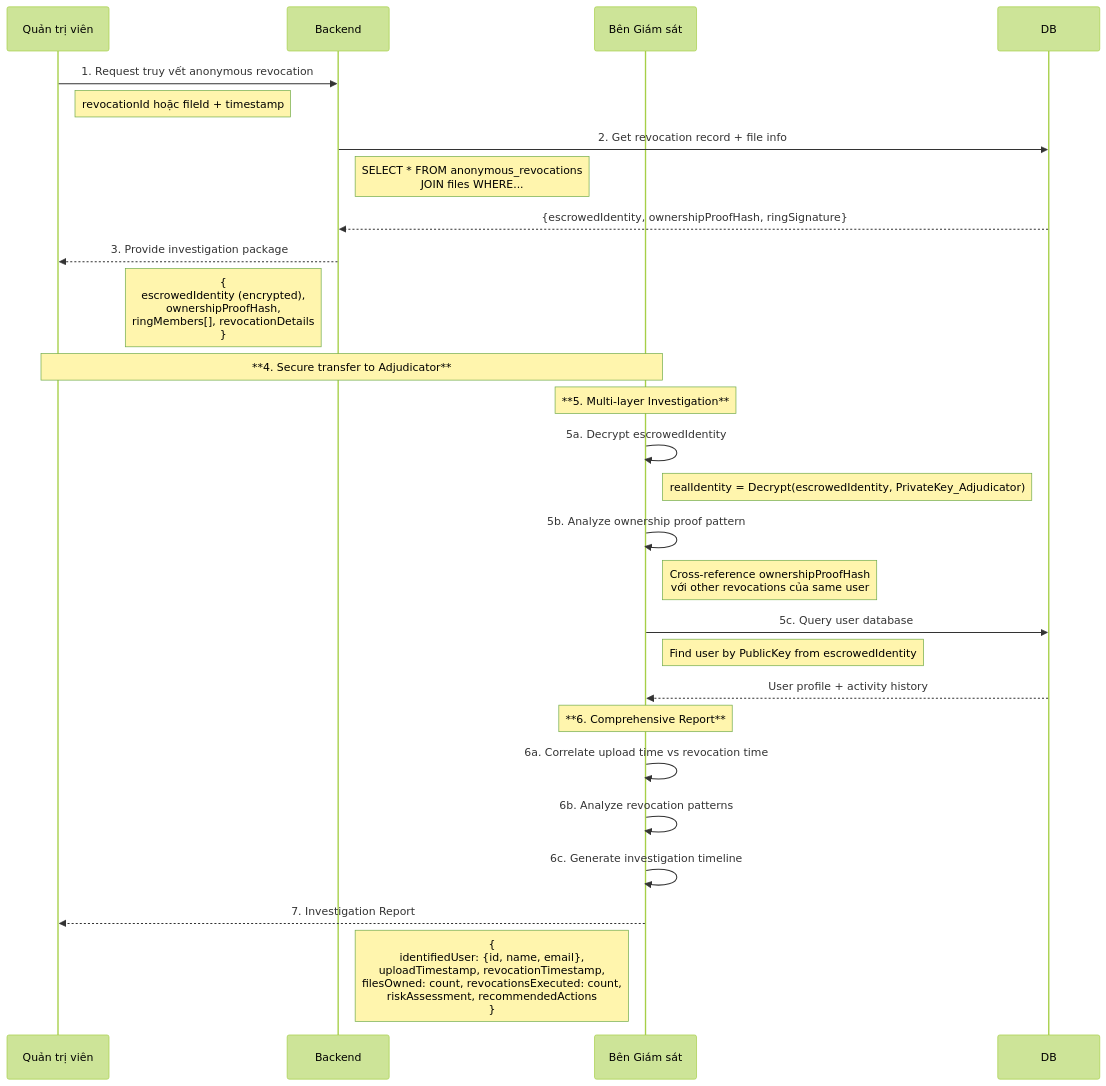
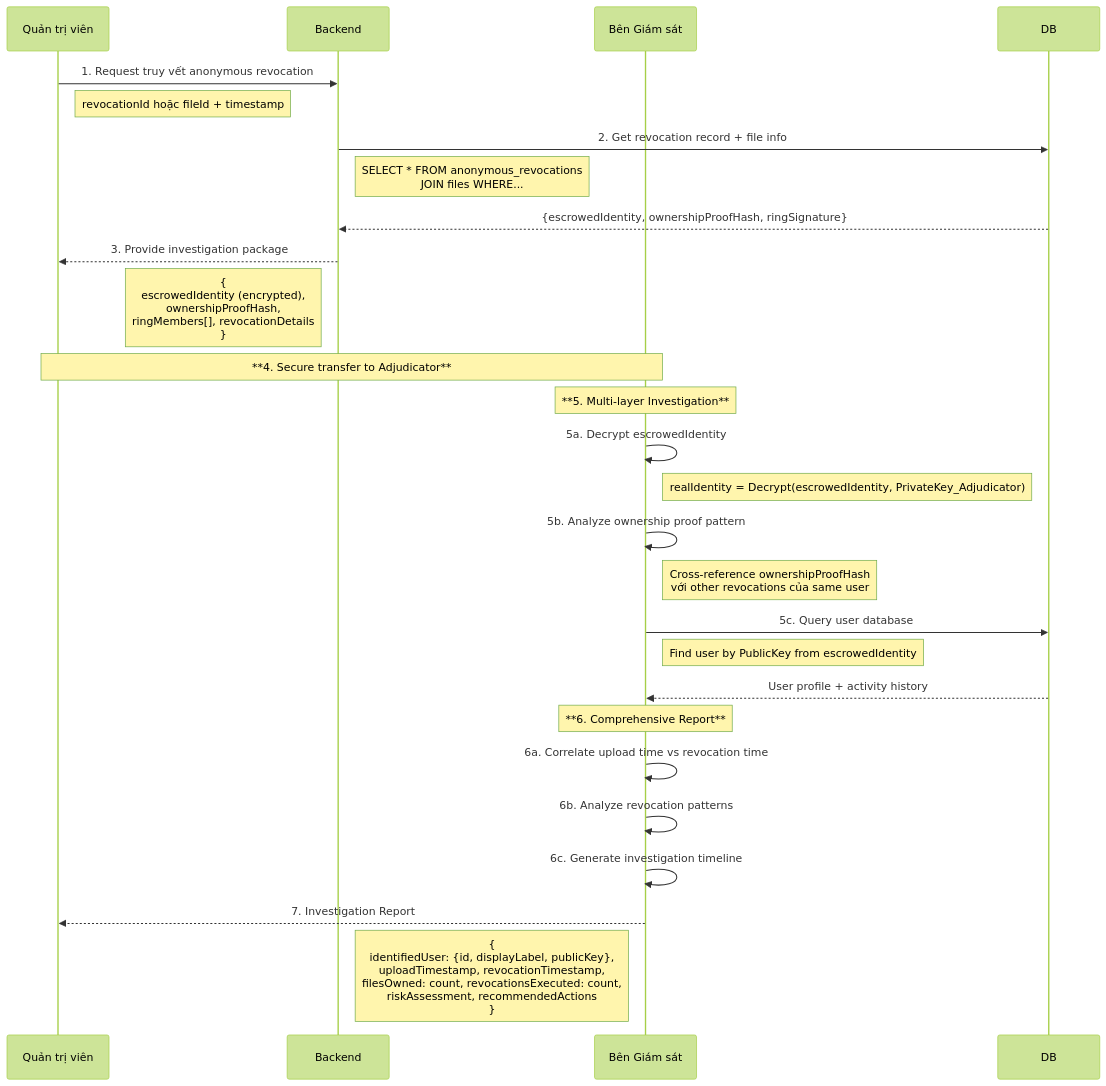
Before and after one commit to nguyenphuc22/ipfs-sandbox: the fifth of 5 diagrams in New_Thesis.md, drawn with Mermaid (forest theme). The commit also changed other lines of this file and 48 other files, not shown here.

Commit message:
Add initialization screen for AOT identity setup; implement display name input and secure key generation flow. Update AppWithIPFS to integrate identity management and enhance user experience with identity display.

````diff
--- a/New_Thesis.md
+++ b/New_Thesis.md
@@ -612,38 +621,38 @@
 ```mermaid
 sequenceDiagram
     participant Admin as Quản trị viên
     participant Backend
     participant Adjudicator as Bên Giám sát
     participant DB
 
     Admin->>Backend: 1. Request truy vết anonymous revocation
     note right of Admin: revocationId hoặc fileId + timestamp
 
     Backend->>DB: 2. Get revocation record + file info
     note right of Backend: SELECT * FROM anonymous_revocations<br/>JOIN files WHERE...
     DB-->>Backend: {escrowedIdentity, ownershipProofHash, ringSignature}
 
     Backend-->>Admin: 3. Provide investigation package
     note left of Backend: {<br/>  escrowedIdentity (encrypted),<br/>  ownershipProofHash,<br/>  ringMembers[], revocationDetails<br/>}
 
     note over Admin, Adjudicator: **4. Secure transfer to Adjudicator**
 
     note over Adjudicator: **5. Multi-layer Investigation**
     Adjudicator->>Adjudicator: 5a. Decrypt escrowedIdentity
     note right of Adjudicator: realIdentity = Decrypt(escrowedIdentity, PrivateKey_Adjudicator)
     
     Adjudicator->>Adjudicator: 5b. Analyze ownership proof pattern
     note right of Adjudicator: Cross-reference ownershipProofHash<br/>với other revocations của same user
     
     Adjudicator->>DB: 5c. Query user database
     note right of Adjudicator: Find user by PublicKey from escrowedIdentity
     DB-->>Adjudicator: User profile + activity history
 
     note over Adjudicator: **6. Comprehensive Report**
     Adjudicator->>Adjudicator: 6a. Correlate upload time vs revocation time
     Adjudicator->>Adjudicator: 6b. Analyze revocation patterns
     Adjudicator->>Adjudicator: 6c. Generate investigation timeline
 
     Adjudicator-->>Admin: 7. Investigation Report
-    note left of Adjudicator: {<br/>  identifiedUser: {id, name, email},<br/>  uploadTimestamp, revocationTimestamp,<br/>  filesOwned: count, revocationsExecuted: count,<br/>  riskAssessment, recommendedActions<br/>}
+    note left of Adjudicator: {<br/>  identifiedUser: {id, displayLabel, publicKey},<br/>  uploadTimestamp, revocationTimestamp,<br/>  filesOwned: count, revocationsExecuted: count,<br/>  riskAssessment, recommendedActions<br/>}
 ```
````
